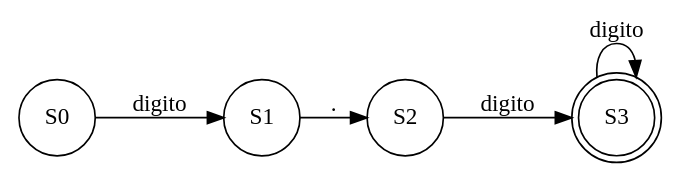
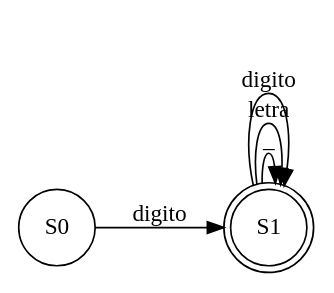
One commit to RojasCJP/Proyecto1_Compi1 changed the diagram in src/Graphviz/AFD23.dot. Above: the diagram before and after it, drawn with Graphviz. The commit also changed 456 other files, not shown here.

```diff
--- a/src/Graphviz/AFD23.dot
+++ b/src/Graphviz/AFD23.dot
@@ -1,8 +1,8 @@
 digraph structs {
 rankdir=LR;
-node [shape=doublecircle];S3;
+node [shape=doublecircle];S1;
 node [shape=circle];S0->S1[label="digito"];
-S1->S2[label="."];
-S2->S3[label="digito"];
-S3->S3[label="digito"];
+S1->S1[label="_"];
+S1->S1[label="letra"];
+S1->S1[label="digito"];
 }
```
